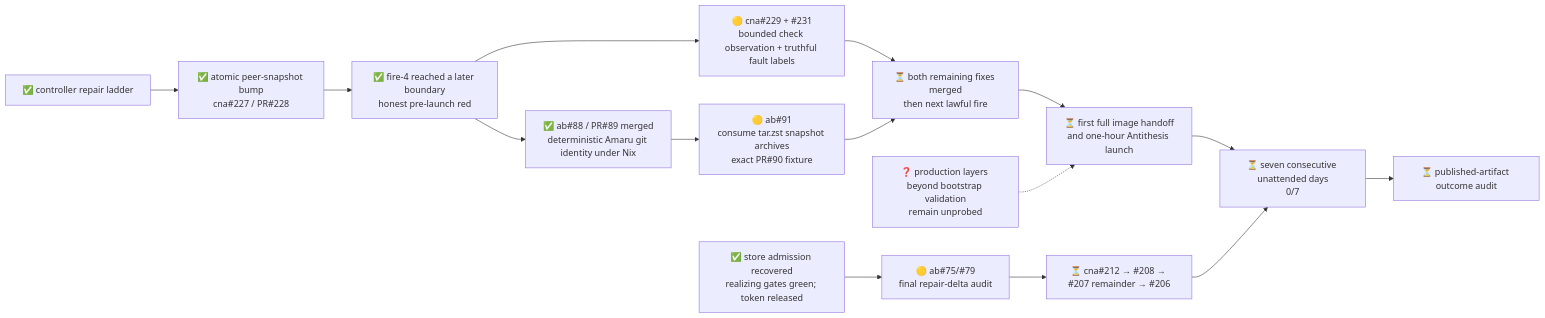
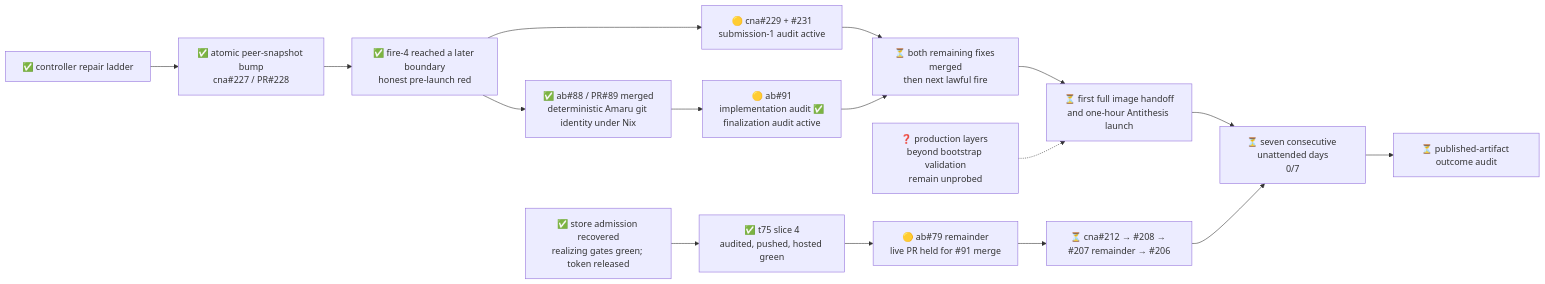
The diagram in .milestones/2/state.md (cardano-foundation/cardano-node-antithesis), drawn with Mermaid before and after one commit. The commit also changed other lines of this file and 6 other files, not shown here.

````diff
--- a/.milestones/2/state.md
+++ b/.milestones/2/state.md
@@ -7,14 +7,14 @@
 ```mermaid
 flowchart LR
     ladder["✅ controller repair ladder"] --> atomic["✅ atomic peer-snapshot bump<br/>cna#227 / PR#228"]
     atomic --> fire4["✅ fire-4 reached a later boundary<br/>honest pre-launch red"]
-    fire4 --> observe["🟡 cna#229 + #231<br/>bounded check observation + truthful fault labels"]
+    fire4 --> observe["🟡 cna#229 + #231<br/>submission-1 audit active"]
     fire4 --> gitinfo["✅ ab#88 / PR#89 merged<br/>deterministic Amaru git identity under Nix"]
     observe --> fire5["⏳ both remaining fixes merged<br/>then next lawful fire"]
-    gitinfo --> snapshot6["🟡 ab#91<br/>consume tar.zst snapshot archives<br/>exact PR#90 fixture"] --> fire5
+    gitinfo --> snapshot6["🟡 ab#91<br/>implementation audit ✅<br/>finalization audit active"] --> fire5
     fire5 --> launch["⏳ first full image handoff<br/>and one-hour Antithesis launch"]
     launch --> streak["⏳ seven consecutive unattended days<br/>0/7"] --> audit["⏳ published-artifact outcome audit"]
-    capacity["✅ store admission recovered<br/>realizing gates green; token released"] --> t75["🟡 ab#75/#79<br/>final repair-delta audit"]
-    t75 --> hardening["⏳ cna#212 → #208 → #207 remainder → #206"] --> streak
+    capacity["✅ store admission recovered<br/>realizing gates green; token released"] --> t75["✅ t75 slice 4<br/>audited, pushed, hosted green"]
+    t75 --> handoff79["🟡 ab#79 remainder<br/>live PR held for #91 merge"] --> hardening["⏳ cna#212 → #208 → #207 remainder → #206"] --> streak
     unknown["❓ production layers beyond bootstrap validation<br/>remain unprobed"] -.-> launch
 ```
````
